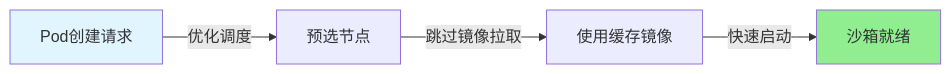
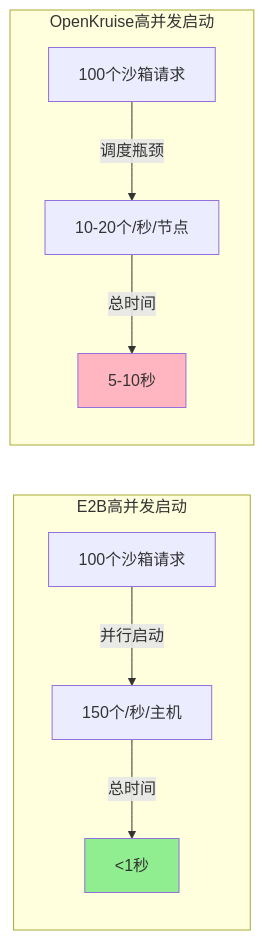
Before and after one commit to QJWang23/sandbox: the sixth of 20 diagrams in docs/superpowers/specs/2026-03-22-agent-sandbox-technical-roadmap.md, drawn with Mermaid. The commit also changed other lines of this file, not shown here.

First line of the commit message:
Update technical roadmap with production scenarios focus

````diff
--- a/docs/superpowers/specs/2026-03-22-agent-sandbox-technical-roadmap.md
+++ b/docs/superpowers/specs/2026-03-22-agent-sandbox-technical-roadmap.md
@@ -276,9 +202,15 @@
 ```mermaid
 graph LR
-    A[Pod创建请求] -->|优化调度| B[预选节点]
-    B -->|跳过镜像拉取| C[使用缓存镜像]
-    C -->|快速启动| D[沙箱就绪]
+    subgraph "E2B高并发启动"
+        A[100个沙箱请求] -->|并行启动| B[150个/秒/主机]
+        B -->|总时间| C[<1秒]
+    end
 
-    style A fill:#e1f5ff
-    style D fill:#90EE90
+    subgraph "OpenKruise高并发启动"
+        D[100个沙箱请求] -->|调度瓶颈| E[10-20个/秒/节点]
+        E -->|总时间| F[5-10秒]
+    end
+
+    style C fill:#90EE90
+    style F fill:#FFB6C1
 ```
````
